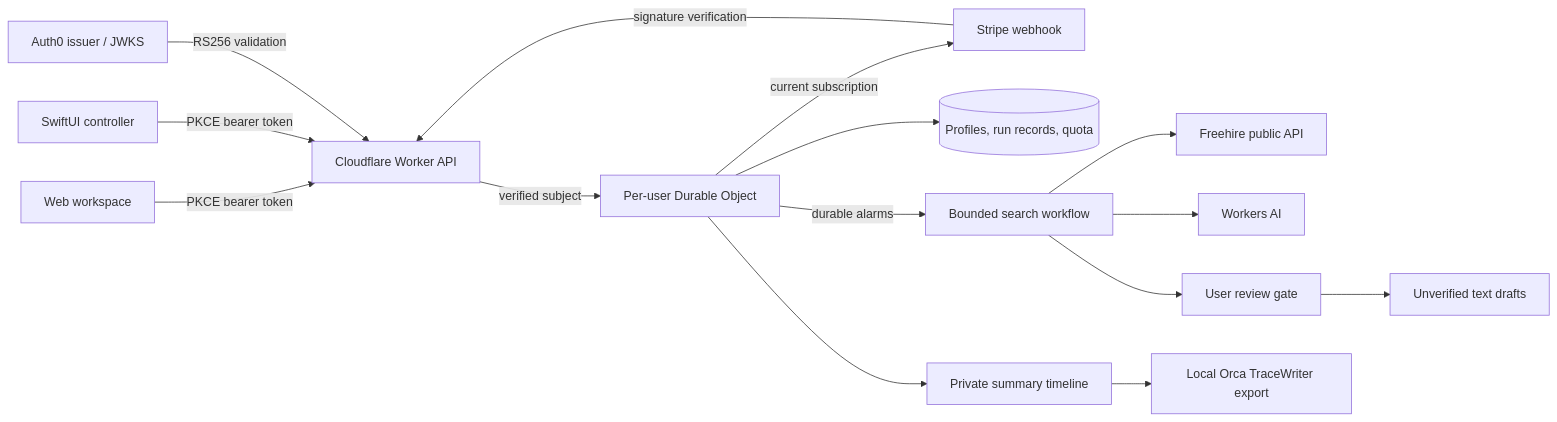
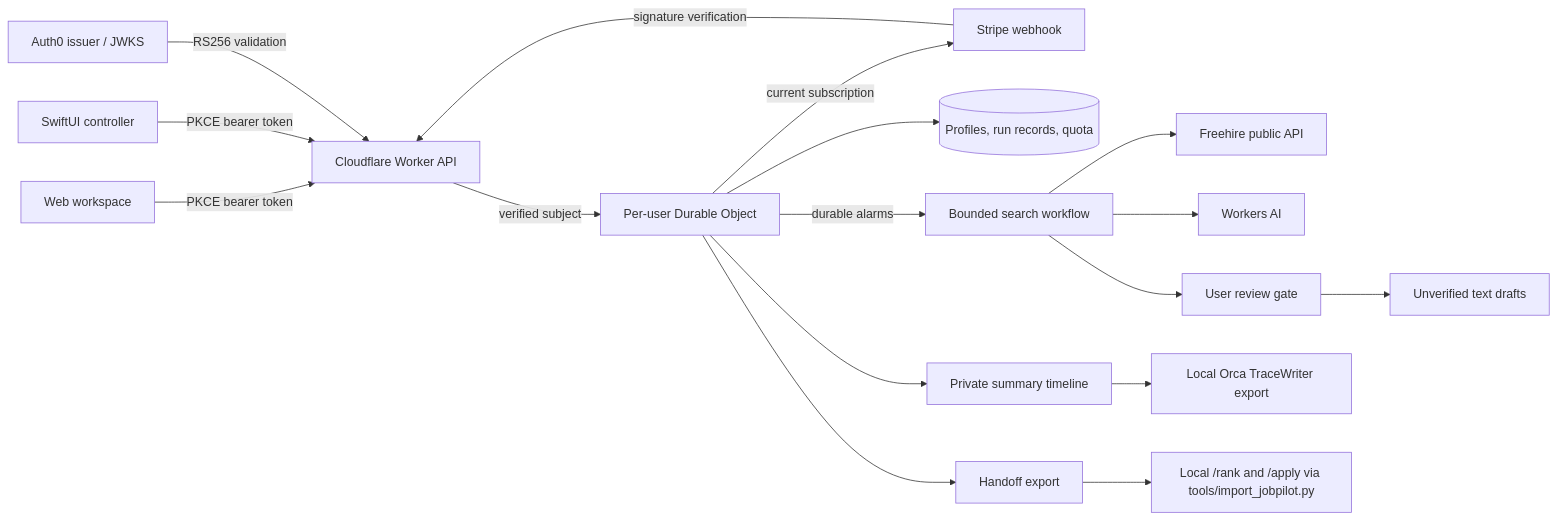
The diagram in platform/docs/architecture.md (vnakhate/ai-job-search), drawn with Mermaid before and after one commit. The commit also changed other lines of this file and 6 other files, not shown here.

First line of the commit message:
docs: surface the JobPilot platform, the handoff bridge and the import tool

````diff
--- a/platform/docs/architecture.md
+++ b/platform/docs/architecture.md
@@ -5,17 +5,19 @@
 ```mermaid
 flowchart LR
   Web[Web workspace] -->|PKCE bearer token| API[Cloudflare Worker API]
   iOS[SwiftUI controller] -->|PKCE bearer token| API
   OIDC[Auth0 issuer / JWKS] -->|RS256 validation| API
   API -->|verified subject| Account[Per-user Durable Object]
   Stripe[Stripe webhook] -->|signature verification| API
   Account -->|current subscription| Stripe
   Account --> State[(Profiles, run records, quota)]
   Account -->|durable alarms| Steps[Bounded search workflow]
   Steps --> Freehire[Freehire public API]
   Steps --> AI[Workers AI]
   Steps --> Review[User review gate]
   Review --> Draft[Unverified text drafts]
   Account --> Audit[Private summary timeline]
   Audit --> Export[Local Orca TraceWriter export]
+  Account --> Handoff[Handoff export]
+  Handoff --> Local[Local /rank and /apply via tools/import_jobpilot.py]
 ```
````
